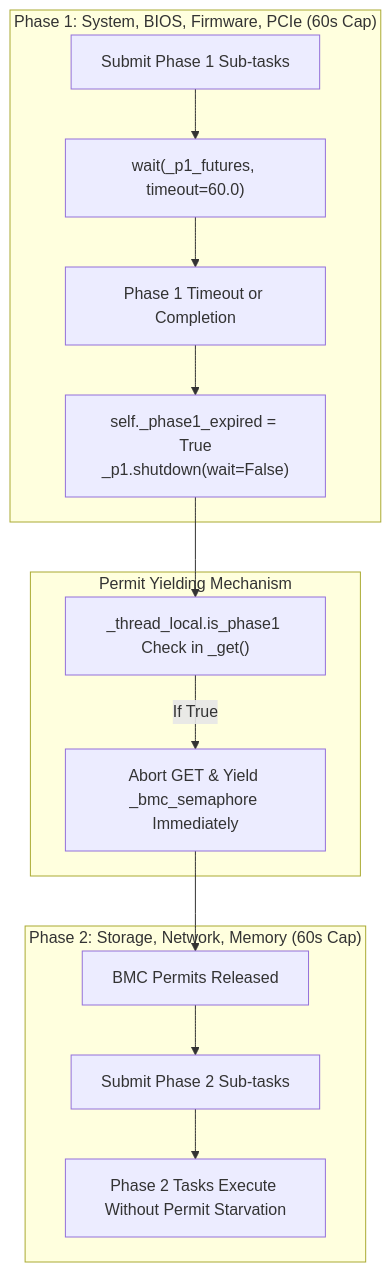
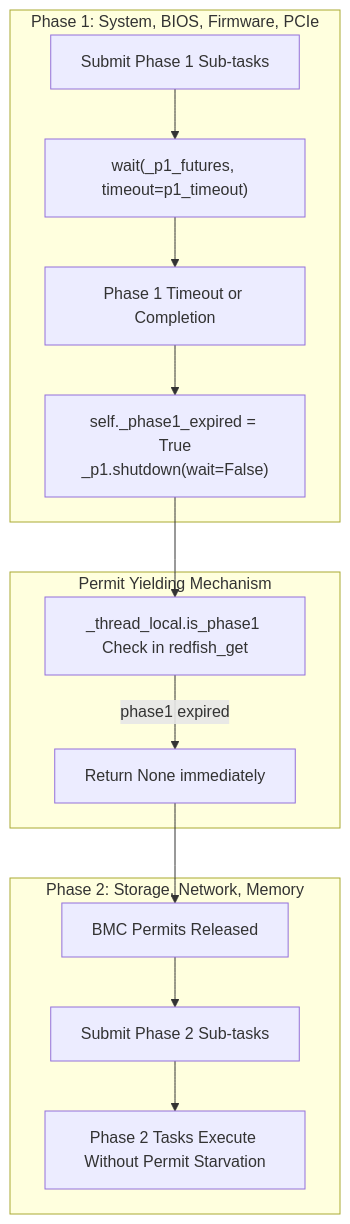
The first of 3 diagrams in vcf_hci/collector/SCANNING_OPTIMIZATIONS.md (vmware/vcf-readiness), drawn with Mermaid before and after one commit. The commit also changed other lines of this file and 156 other files, not shown here.

````diff
--- a/vcf_hci/collector/SCANNING_OPTIMIZATIONS.md
+++ b/vcf_hci/collector/SCANNING_OPTIMIZATIONS.md
@@ -47,19 +64,19 @@
 ```mermaid
 flowchart TD
-    subgraph Phase1 ["Phase 1: System, BIOS, Firmware, PCIe (60s Cap)"]
-        P1Start["Submit Phase 1 Sub-tasks"] --> P1Wait["wait(_p1_futures, timeout=60.0)"]
+    subgraph Phase1 ["Phase 1: System, BIOS, Firmware, PCIe"]
+        P1Start["Submit Phase 1 Sub-tasks"] --> P1Wait["wait(_p1_futures, timeout=p1_timeout)"]
         P1Wait --> P1Finish["Phase 1 Timeout or Completion"]
         P1Finish --> MarkExpired["self._phase1_expired = True\n_p1.shutdown(wait=False)"]
     end
 
     subgraph Yield ["Permit Yielding Mechanism"]
-        MarkExpired --> CheckThread["_thread_local.is_phase1 Check in _get()"]
-        CheckThread -->|If True| AbortP1["Abort GET & Yield _bmc_semaphore Immediately"]
+        MarkExpired --> CheckThread["_thread_local.is_phase1 Check in redfish_get"]
+        CheckThread -->|phase1 expired| AbortP1["Return None immediately"]
     end
 
-    subgraph Phase2 ["Phase 2: Storage, Network, Memory (60s Cap)"]
+    subgraph Phase2 ["Phase 2: Storage, Network, Memory"]
         AbortP1 --> PermitFree["BMC Permits Released"]
         PermitFree --> P2Start["Submit Phase 2 Sub-tasks"]
         P2Start --> P2Success["Phase 2 Tasks Execute Without Permit Starvation"]
     end
 ```
````
